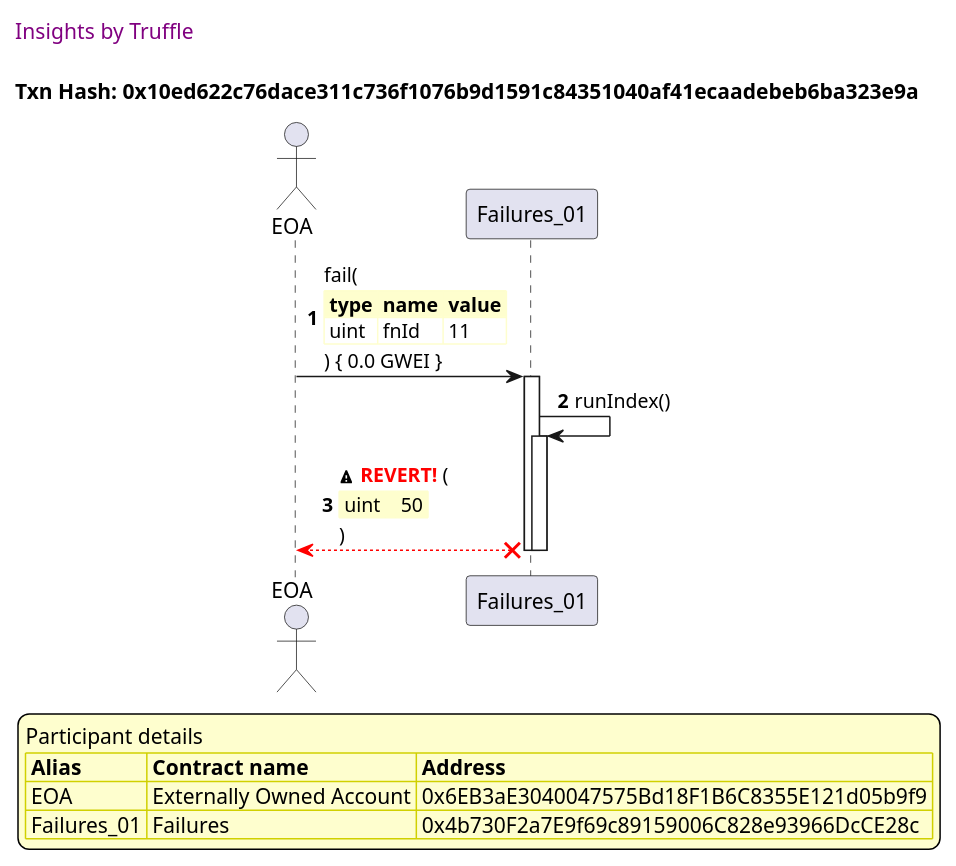
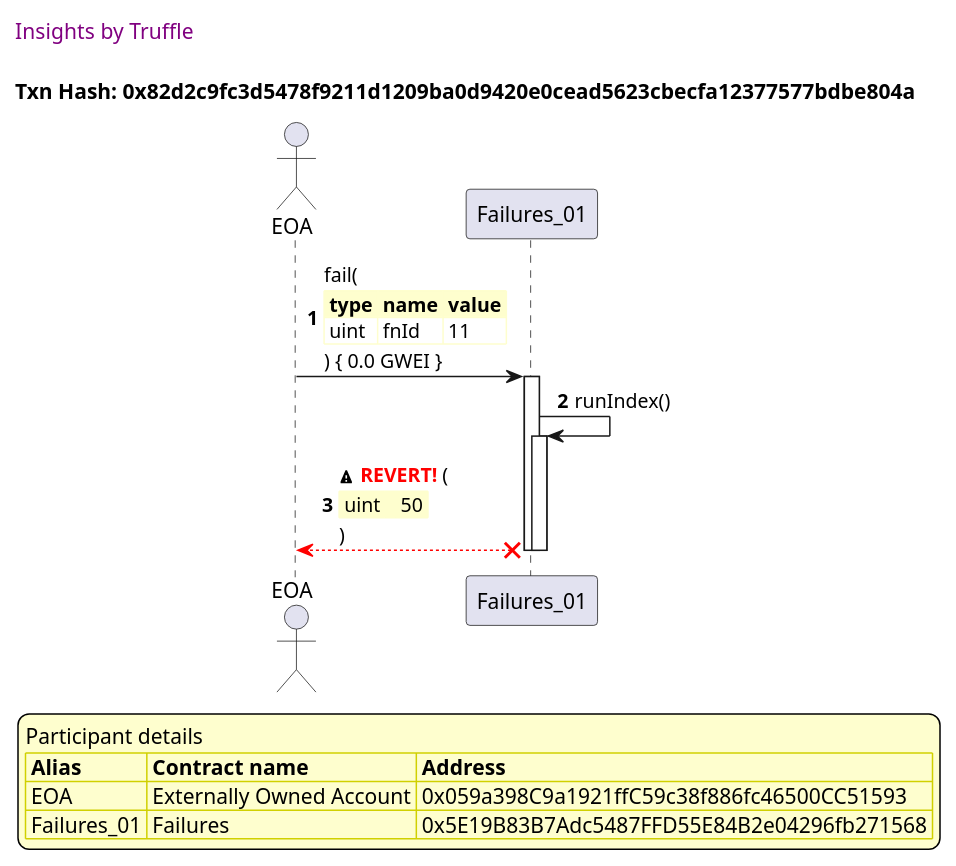
Diagram 12 of 12 in truffle-seq/failures.test.md (trufflesuite/txlog-seedlings), drawn with PlantUML before and after one commit. The commit also changed other lines of this file and 8 other files, not shown here.

````diff
--- a/truffle-seq/failures.test.md
+++ b/truffle-seq/failures.test.md
@@ -1150,45 +1150,45 @@
 ```plantuml
 
 
 @startuml
 
 autonumber
 skinparam legendBackgroundColor #FEFECE
 
 <style>
       header {
         HorizontalAlignment left
         FontColor purple
         FontSize 14
         Padding 10
       }
     </style>
 
 header Insights by Truffle
 
-title Txn Hash: 0x10ed622c76dace311c736f1076b9d1591c84351040af41ecaadebeb6ba323e9a
+title Txn Hash: 0x82d2c9fc3d5478f9211d1209ba0d9420e0cead5623cbecfa12377577bdbe804a
 
 
 actor EOA as "EOA"
 participant Failures_01 as "Failures_01"
 
 "EOA" -> "Failures_01" ++: fail(\n\
 <#FEFECE,#FEFECE>|= type |= name |= value |\n\
 | uint | fnId | 11 |\n\
 ) { 0.0 GWEI }
 "Failures_01" -> "Failures_01" ++: runIndex()
 "Failures_01" x-[#red]-> "EOA" --: <&warning> <color #red>**REVERT!**</color> (\n\
 <#FEFECE,#FEFECE>| uint |  | 50 |\n\
 )
 deactivate "Failures_01"
 deactivate "Failures_01"
 
 legend
 Participant details
 <#FEFECE,#D0D000>|= Alias |= Contract name |= Address |
-<#FEFECE>| EOA | Externally Owned Account | 0x6EB3aE3040047575Bd18F1B6C8355E121d05b9f9 |
-<#FEFECE>| Failures_01 | Failures | 0x4b730F2a7E9f69c89159006C828e93966DcCE28c |
+<#FEFECE>| EOA | Externally Owned Account | 0x059a398C9a1921ffC59c38f886fc46500CC51593 |
+<#FEFECE>| Failures_01 | Failures | 0x5E19B83B7Adc5487FFD55E84B2e04296fb271568 |
 endlegend
 
 @enduml
 ```
````
